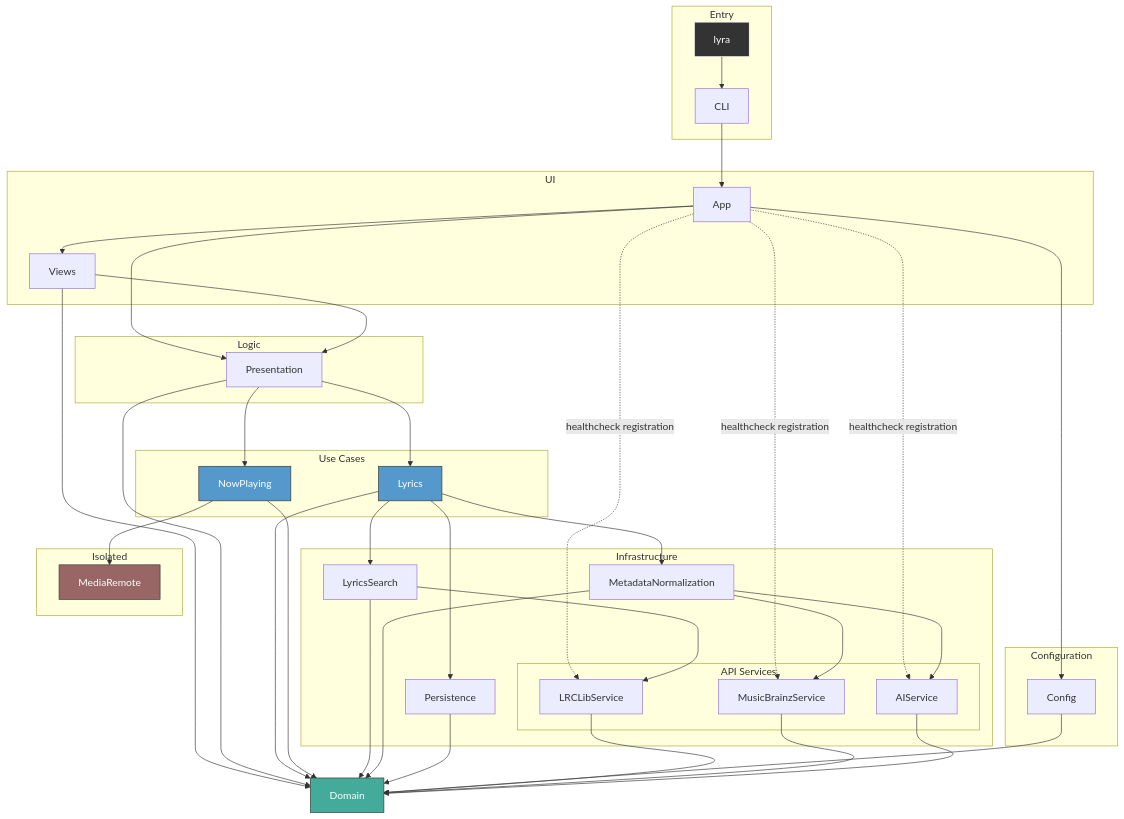
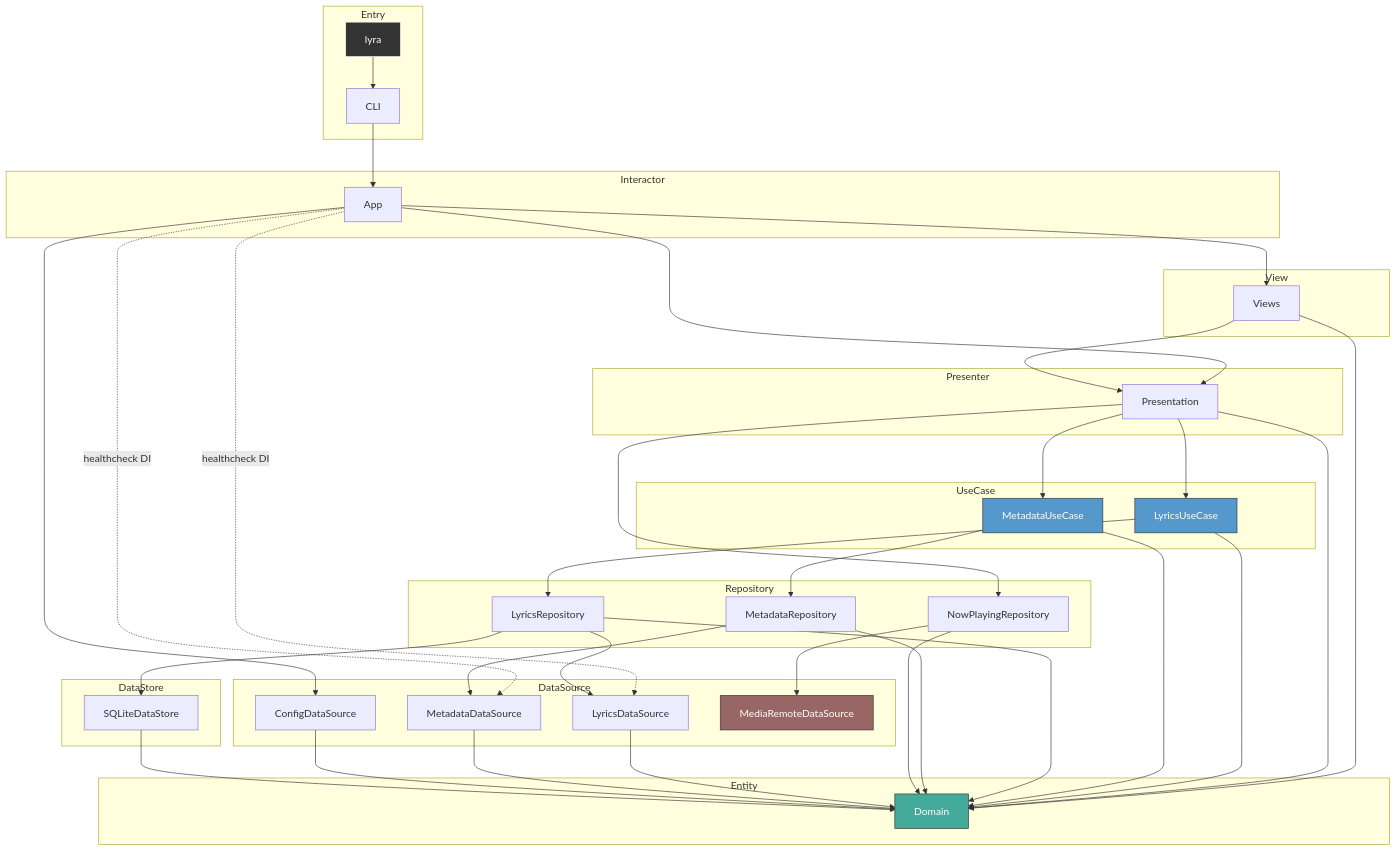
Before and after one commit to GeneralD/lyra: the diagram in CLAUDE.md, drawn with Mermaid. The commit also changed other lines of this file and 59 other files, not shown here.

First line of the commit message:
refactor: restructure modules into VIPER + Clean Architecture layers (#91)

````diff
--- a/CLAUDE.md
+++ b/CLAUDE.md
@@ -22,64 +22,67 @@
 ```mermaid
 graph TD
     subgraph Entry
         lyra[lyra]
         CLI[CLI]
     end
 
-    subgraph UI
-        App[App]
+    subgraph View
         Views[Views]
     end
 
-    subgraph Logic
+    subgraph Interactor
+        App[App]
+    end
+
+    subgraph Presenter
         Presentation[Presentation]
     end
 
-    subgraph Use Cases
-        Lyrics[Lyrics]
-        NowPlaying[NowPlaying]
+    subgraph Entity
+        Domain[Domain]
     end
 
-    subgraph Configuration
-        Config[Config]
+    subgraph UseCase
+        LyricsUseCase[LyricsUseCase]
+        MetadataUseCase[MetadataUseCase]
     end
 
-    subgraph Infrastructure
-        LyricsSearch[LyricsSearch]
-        MetadataNormalization[MetadataNormalization]
-        Persistence[Persistence]
-        subgraph API Services
-            LRCLibService[LRCLibService]
-            MusicBrainzService[MusicBrainzService]
-            AIService[AIService]
-        end
+    subgraph Repository
+        LyricsRepository[LyricsRepository]
+        MetadataRepository[MetadataRepository]
+        NowPlayingRepository[NowPlayingRepository]
     end
 
-    subgraph Isolated
-        MediaRemote[MediaRemote]
+    subgraph DataSource
+        LyricsDataSource[LyricsDataSource]
+        MetadataDataSource[MetadataDataSource]
+        ConfigDataSource[ConfigDataSource]
+        MediaRemoteDataSource[MediaRemoteDataSource]
     end
 
-    Domain[Domain]
+    subgraph DataStore
+        SQLiteDataStore[SQLiteDataStore]
+    end
 
     lyra --> CLI
     CLI --> App
-    App --> Views & Presentation & Config
-    App -.->|healthcheck registration| LRCLibService & MusicBrainzService & AIService
+    App --> Views & Presentation & ConfigDataSource
+    App -.->|healthcheck DI| LyricsDataSource & MetadataDataSource
     Views --> Presentation & Domain
-    Presentation --> Lyrics & NowPlaying & Domain
-    Lyrics --> LyricsSearch & Persistence & MetadataNormalization & Domain
-    NowPlaying --> MediaRemote & Domain
-    LyricsSearch --> LRCLibService & Domain
-    MetadataNormalization --> AIService & MusicBrainzService & Domain
-    Persistence --> Domain
-    Config --> Domain
-    LRCLibService --> Domain
-    MusicBrainzService --> Domain
-    AIService --> Domain
+    Presentation --> LyricsUseCase & MetadataUseCase & NowPlayingRepository & Domain
+    LyricsUseCase --> LyricsRepository & Domain
+    MetadataUseCase --> MetadataRepository & Domain
+    LyricsRepository --> LyricsDataSource & SQLiteDataStore & Domain
+    MetadataRepository --> MetadataDataSource & Domain
+    NowPlayingRepository --> MediaRemoteDataSource & Domain
+    LyricsDataSource --> Domain
+    MetadataDataSource --> Domain
+    ConfigDataSource --> Domain
+    SQLiteDataStore --> Domain
 
     style Domain fill:#4a9,stroke:#333,color:#fff
-    style Lyrics fill:#59c,stroke:#333,color:#fff
-    style NowPlaying fill:#59c,stroke:#333,color:#fff
-    style MediaRemote fill:#966,stroke:#333,color:#fff
+    style LyricsUseCase fill:#59c,stroke:#333,color:#fff
+    style MetadataUseCase fill:#59c,stroke:#333,color:#fff
+    style MediaRemoteDataSource fill:#966,stroke:#333,color:#fff
     style lyra fill:#333,stroke:#fff,color:#fff
 ```
````
